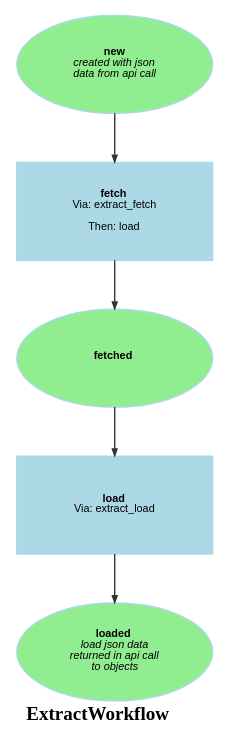
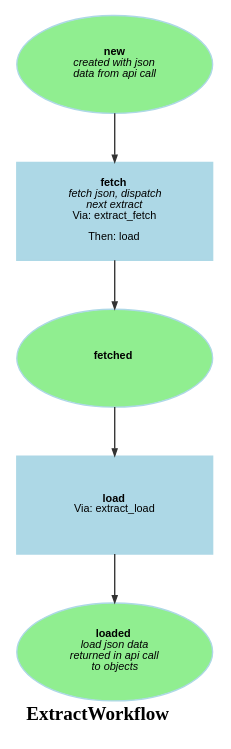
The diagram in doc/ExtractWorkflow.dot (survos-sites/mds), drawn with Graphviz before and after one commit. The commit also changed 3 other files, not shown here.

```diff
--- a/doc/ExtractWorkflow.dot
+++ b/doc/ExtractWorkflow.dot
@@ -1,15 +1,15 @@
 digraph workflow {
   ratio="compress" rankdir="TB" label=<<B>ExtractWorkflow</B>>
   node [fontsize="8" fontname="Arial" color="lightBlue" style="filled" fixedsize="false" width="2" height="1"];
   edge [fontsize="7" fontname="Arial" color="#333333" arrowhead="normal" arrowsize="0.5"];
 
   place_new [label=<<B>new</B><BR/><I>created with json<BR/>data from api call</I>>, shape=oval fillcolor="lightgreen" style="filled"];
   place_loaded [label=<<B>loaded</B><BR/><I>load json data<BR/>returned in api call<BR/>to objects</I>>, shape=oval fillcolor="lightgreen" style="filled"];
   place_fetched [label=<<B>fetched</B>>, shape=oval fillcolor="lightgreen" style="filled"];
-  transition_0 [label=<<B>fetch</B><BR/>Via: extract_fetch<BR/><BR/>Then: load>, shape="box" regular=""];
+  transition_0 [label=<<B>fetch</B><BR/><I>fetch json, dispatch<BR/>next extract</I><BR/>Via: extract_fetch<BR/><BR/>Then: load>, shape="box" regular=""];
   transition_1 [label=<<B>load</B><BR/>Via: extract_load>, shape="box" regular=""];
   place_new -> transition_0 [style="solid", comment="new"];
   transition_0 -> place_fetched [style="solid"];
   place_fetched -> transition_1 [style="solid", comment="fetched"];
   transition_1 -> place_loaded [style="solid"];
 }
```
